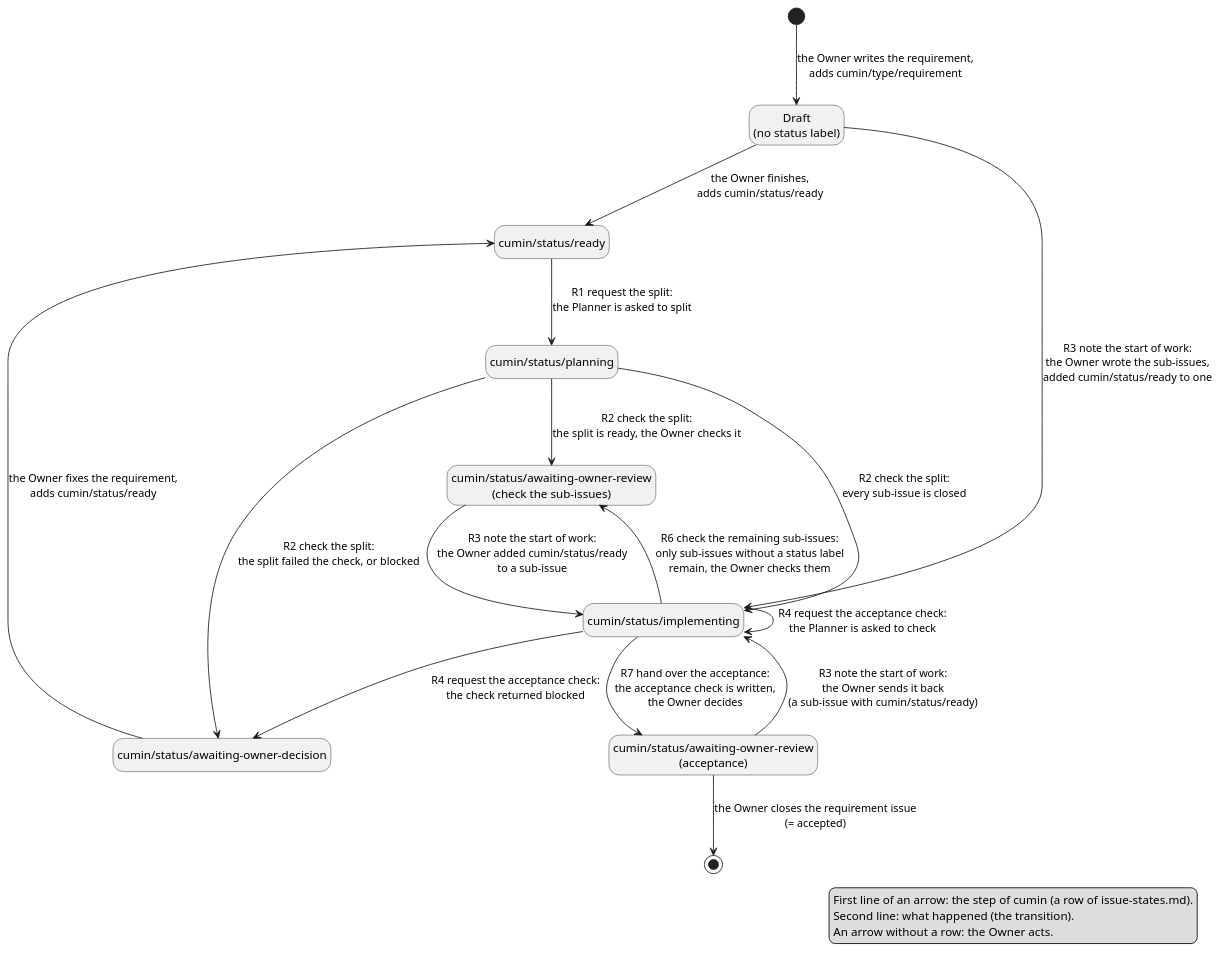
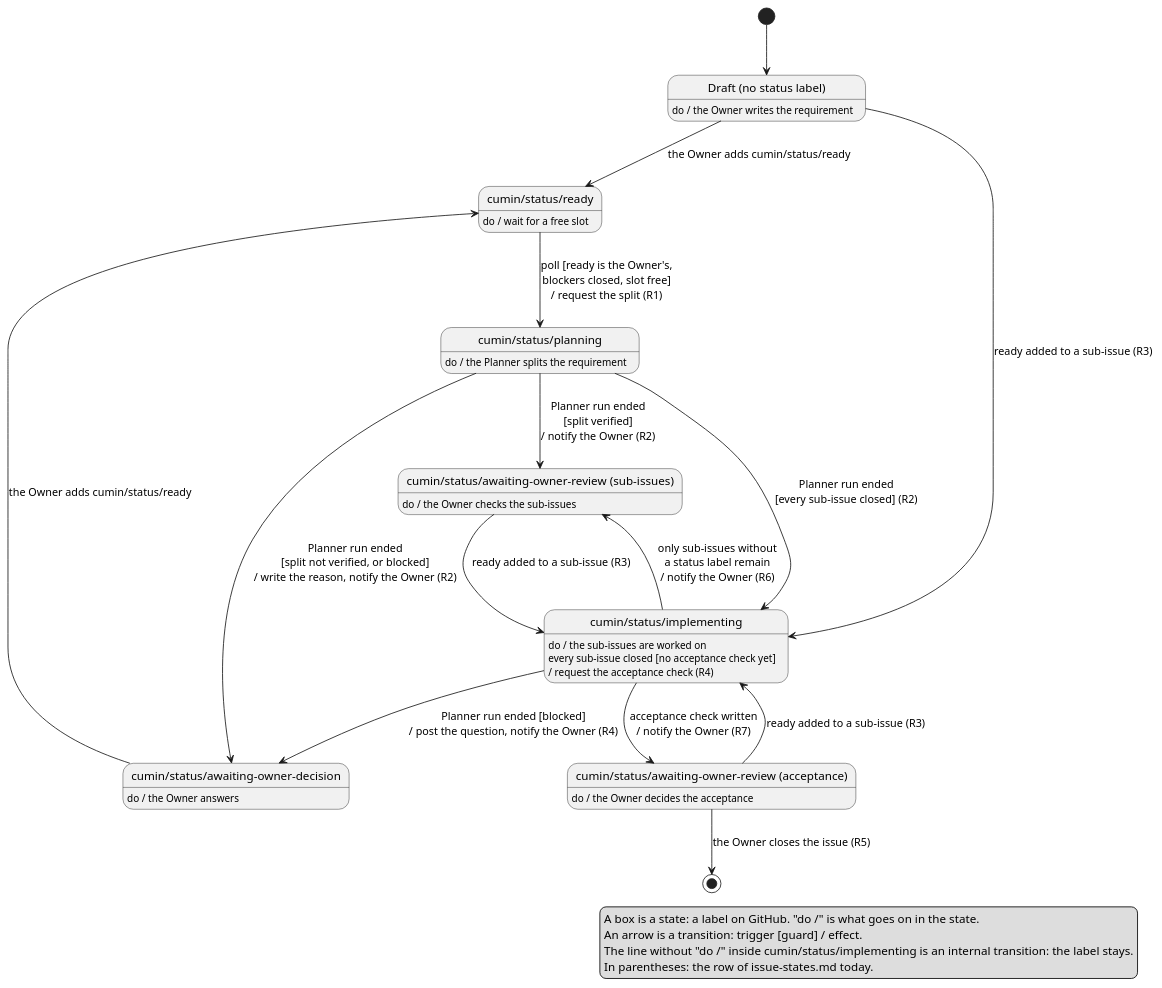
Before and after one commit to cloveclovedev/cumin-works: the diagram in docs/ja/requirements/workflow/requirement-issue-states.puml, drawn with PlantUML. The commit also changed 3 other files, not shown here.

First line of the commit message:
docs(requirements): draw the draft diagrams in the UML form: do-activity, trigger, guard, effect

```diff
--- a/docs/ja/requirements/workflow/requirement-issue-states.puml
+++ b/docs/ja/requirements/workflow/requirement-issue-states.puml
@@ -1,40 +1,55 @@
 @startuml requirement-issue-states
 ' cumin works - states of a requirement issue.
-' A state is a label on GitHub. Each arrow is one transition. Its first line names the step of cumin
-' that makes it (with the row of issue-states.md), and the second line says what happened.
-' One step can have several arrows.
+' A state is a label on GitHub. "do /" in a state says what goes on while the issue has the label.
+' A transition is written as in UML: trigger [guard] / effect. The row of issue-states.md stands in
+' parentheses at the end.
 ' Render: run scripts/render-diagrams.sh at the root of the repository.
 
 hide empty description
 
-state "Draft\n(no status label)" as Draft
+state "Draft (no status label)" as Draft
+Draft : do / the Owner writes the requirement
+
 state "cumin/status/ready" as Ready
+Ready : do / wait for a free slot
+
 state "cumin/status/planning" as Planning
-state "cumin/status/awaiting-owner-review\n(check the sub-issues)" as PlanReview
+Planning : do / the Planner splits the requirement
+
+state "cumin/status/awaiting-owner-review (sub-issues)" as PlanReview
+PlanReview : do / the Owner checks the sub-issues
+
 state "cumin/status/implementing" as Implementing
-state "cumin/status/awaiting-owner-review\n(acceptance)" as Acceptance
+Implementing : do / the sub-issues are worked on
+Implementing : every sub-issue closed [no acceptance check yet]
+Implementing :   / request the acceptance check (R4)
+
+state "cumin/status/awaiting-owner-review (acceptance)" as Acceptance
+Acceptance : do / the Owner decides the acceptance
+
 state "cumin/status/awaiting-owner-decision" as Decision
+Decision : do / the Owner answers
 
-[*] --> Draft : the Owner writes the requirement,\nadds cumin/type/requirement
-Draft --> Ready : the Owner finishes,\nadds cumin/status/ready
-Draft --> Implementing : R3 note the start of work:\nthe Owner wrote the sub-issues,\nadded cumin/status/ready to one
-Ready --> Planning : R1 request the split:\nthe Planner is asked to split
-Planning --> PlanReview : R2 check the split:\nthe split is ready, the Owner checks it
-Planning --> Implementing : R2 check the split:\nevery sub-issue is closed
-Planning --> Decision : R2 check the split:\nthe split failed the check, or blocked
-Decision --> Ready : the Owner fixes the requirement,\nadds cumin/status/ready
-PlanReview --> Implementing : R3 note the start of work:\nthe Owner added cumin/status/ready\nto a sub-issue
-Implementing --> Implementing : R4 request the acceptance check:\nthe Planner is asked to check
-Implementing --> Decision : R4 request the acceptance check:\nthe check returned blocked
-Implementing --> Acceptance : R7 hand over the acceptance:\nthe acceptance check is written,\nthe Owner decides
-Implementing --> PlanReview : R6 check the remaining sub-issues:\nonly sub-issues without a status label\nremain, the Owner checks them
-Acceptance --> Implementing : R3 note the start of work:\nthe Owner sends it back\n(a sub-issue with cumin/status/ready)
-Acceptance --> [*] : the Owner closes the requirement issue\n(= accepted)
+[*] --> Draft
+Draft --> Ready : the Owner adds cumin/status/ready
+Draft --> Implementing : ready added to a sub-issue (R3)
+Ready --> Planning : poll [ready is the Owner's,\nblockers closed, slot free]\n/ request the split (R1)
+Planning --> PlanReview : Planner run ended\n[split verified]\n/ notify the Owner (R2)
+Planning --> Implementing : Planner run ended\n[every sub-issue closed] (R2)
+Planning --> Decision : Planner run ended\n[split not verified, or blocked]\n/ write the reason, notify the Owner (R2)
+PlanReview --> Implementing : ready added to a sub-issue (R3)
+Implementing --> Acceptance : acceptance check written\n/ notify the Owner (R7)
+Implementing --> Decision : Planner run ended [blocked]\n/ post the question, notify the Owner (R4)
+Implementing --> PlanReview : only sub-issues without\na status label remain\n/ notify the Owner (R6)
+Acceptance --> Implementing : ready added to a sub-issue (R3)
+Acceptance --> [*] : the Owner closes the issue (R5)
+Decision --> Ready : the Owner adds cumin/status/ready
 
 legend right
-  First line of an arrow: the step of cumin (a row of issue-states.md).
-  Second line: what happened (the transition).
-  An arrow without a row: the Owner acts.
+  A box is a state: a label on GitHub. "do /" is what goes on in the state.
+  An arrow is a transition: trigger [guard] / effect.
+  The line without "do /" inside cumin/status/implementing is an internal transition: the label stays.
+  In parentheses: the row of issue-states.md today.
 endlegend
 
 @enduml
```
